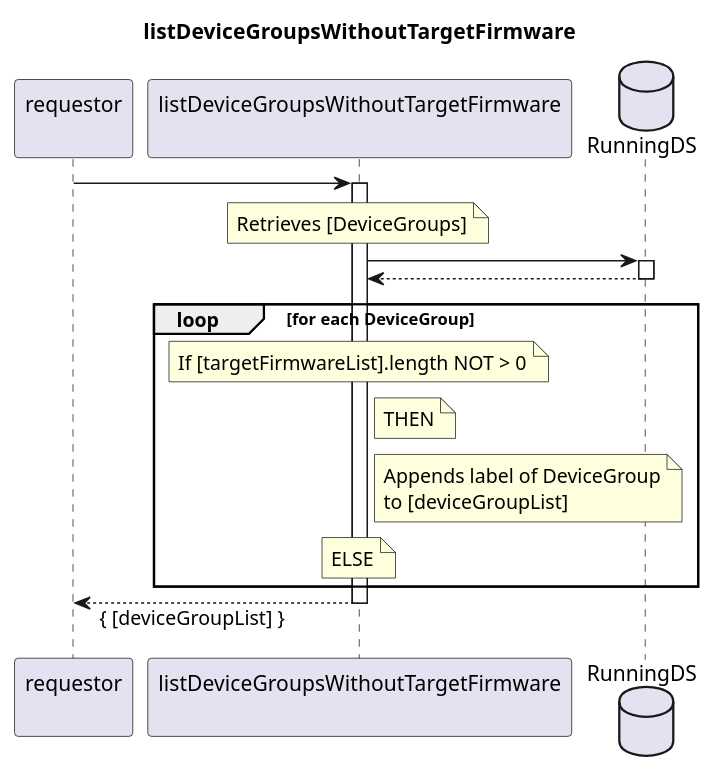
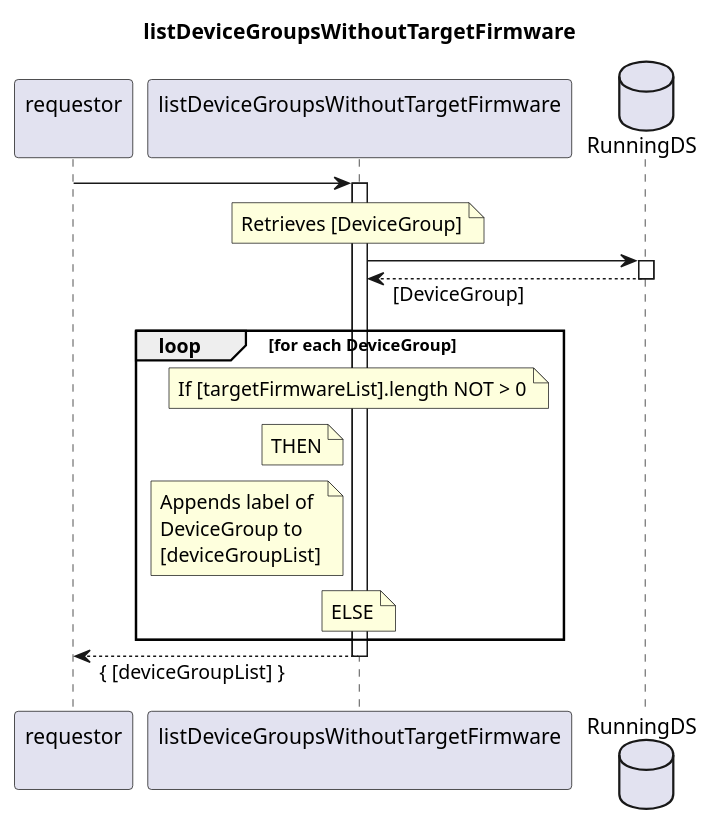
The diagram in spec/Services/listDeviceGroupsWithoutTargetFirmware/1.0.0/listDeviceGroupsWithoutTargetFirmware.plantuml (openBackhaul/FirmWareManager), drawn with PlantUML before and after one commit. The commit also changed 77 other files, not shown here.

```diff
--- a/spec/Services/listDeviceGroupsWithoutTargetFirmware/1.0.0/listDeviceGroupsWithoutTargetFirmware.plantuml
+++ b/spec/Services/listDeviceGroupsWithoutTargetFirmware/1.0.0/listDeviceGroupsWithoutTargetFirmware.plantuml
@@ -1,42 +1,43 @@
 @startuml listDeviceGroupsWithoutTargetFirmware
 skinparam responseMessageBelowArrow true
 
 title
   listDeviceGroupsWithoutTargetFirmware
 end title
 
 participant "requestor\n" as requestor
 participant "listDeviceGroupsWithoutTargetFirmware\n" as indServ
 database "RunningDS" as RunDS
 
 requestor -> indServ
 activate indServ
 
     note over indServ
-      Retrieves [DeviceGroups]
+      Retrieves [DeviceGroup]
     end note
     indServ -> RunDS
     activate RunDS
-    indServ <-- RunDS
+    indServ <-- RunDS: [DeviceGroup]
     deactivate RunDS
 
   loop for each DeviceGroup
     note over indServ
       If [targetFirmwareList].length NOT > 0
     end note
-    note right indServ
+    note left indServ
       THEN
     end note
-    note right indServ
-      Appends label of DeviceGroup
-      to [deviceGroupList]
+    note left indServ
+      Appends label of
+      DeviceGroup to
+      [deviceGroupList]
     end note
     note over indServ
       ELSE
     end note
   end loop
 
 requestor <-- indServ: { [deviceGroupList] }
 deactivate indServ
 
 @enduml
```
